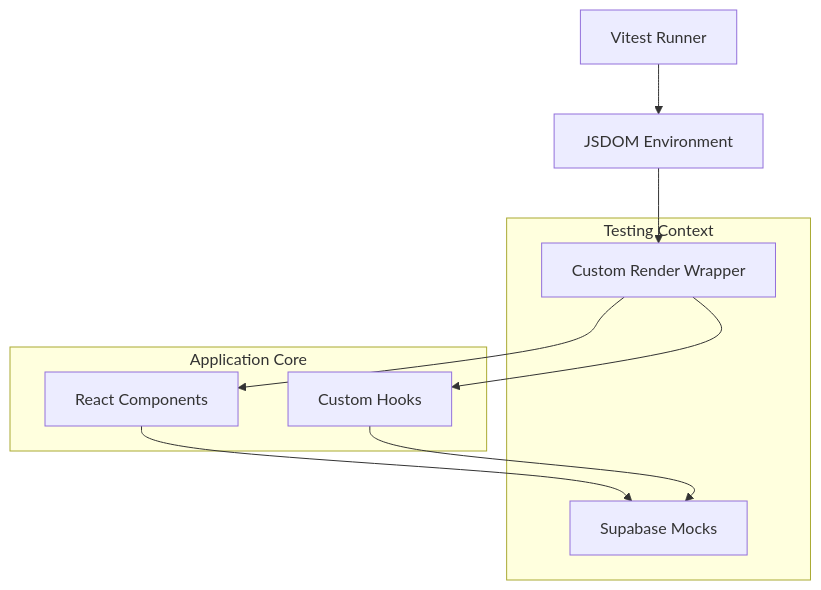
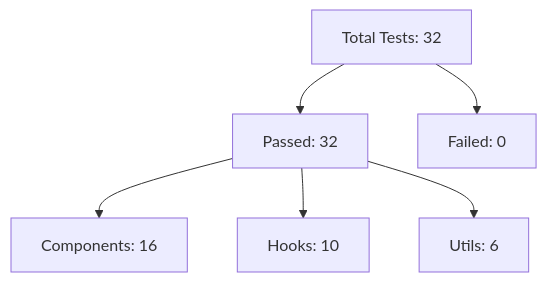
One commit to Hassam-01/skillSplit_frontend changed the diagram in src/test/test-coverage.md. Above: the diagram before and after it, drawn with Mermaid. The commit also changed other lines of this file and 7 other files, not shown here.

````diff
--- a/src/test/test-coverage.md
+++ b/src/test/test-coverage.md
@@ -9,20 +41,8 @@
 ```mermaid
 graph TD
-    A[Vitest Runner] --> B[JSDOM Environment]
-    B --> C[Custom Render Wrapper]
-    C --> D[React Components]
-    C --> E[Custom Hooks]
-    
-    D --> F[Supabase Mocks]
-    E --> F
-    
-    subgraph "Testing Context"
-        C
-        F
-    end
-    
-    subgraph "Application Core"
-        D
-        E
-    end
+    A[Total Tests: 32] --> B[Passed: 32]
+    A --> C[Failed: 0]
+    B --> D[Components: 16]
+    B --> E[Hooks: 10]
+    B --> F[Utils: 6]
 ```
````
